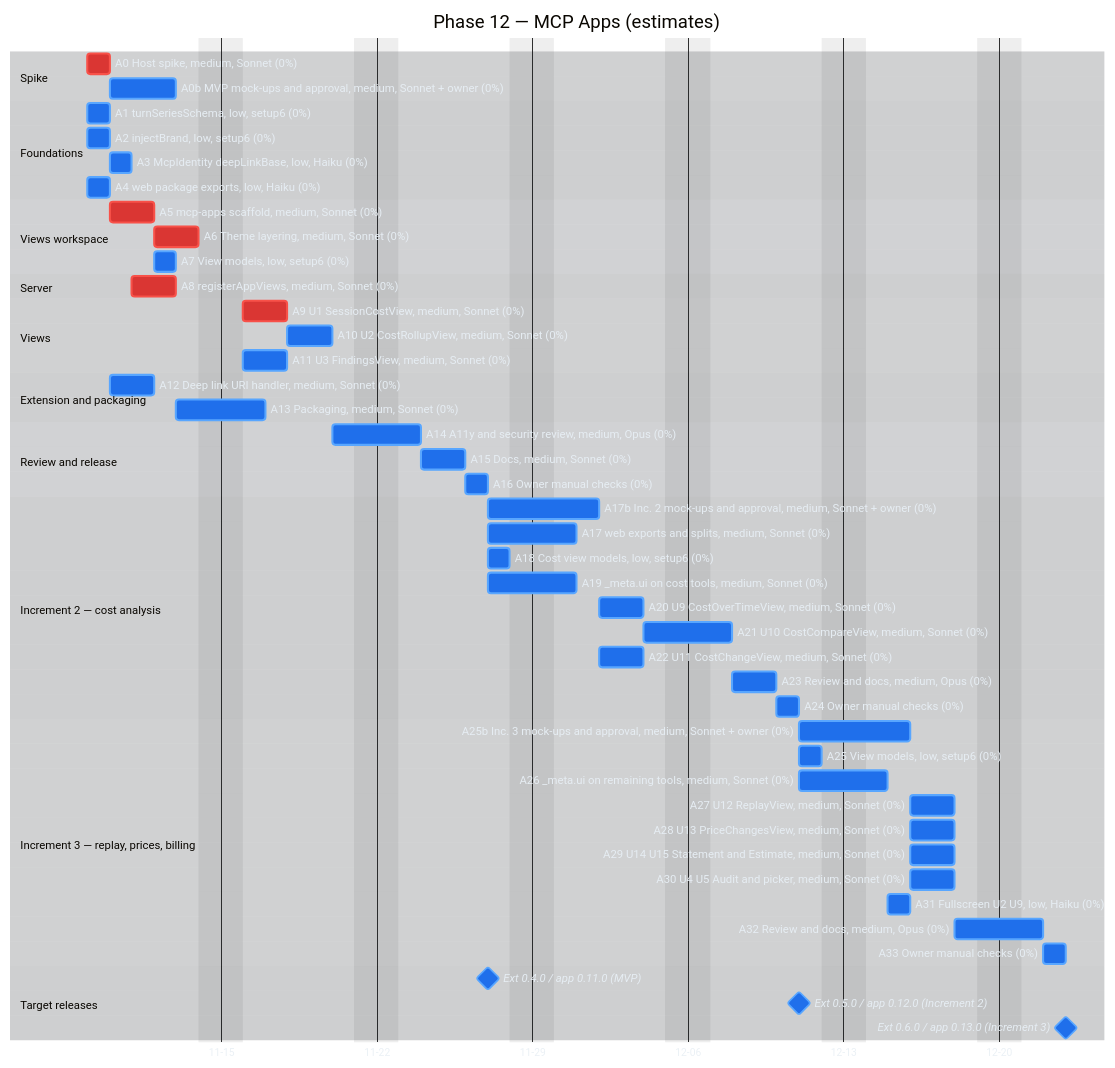
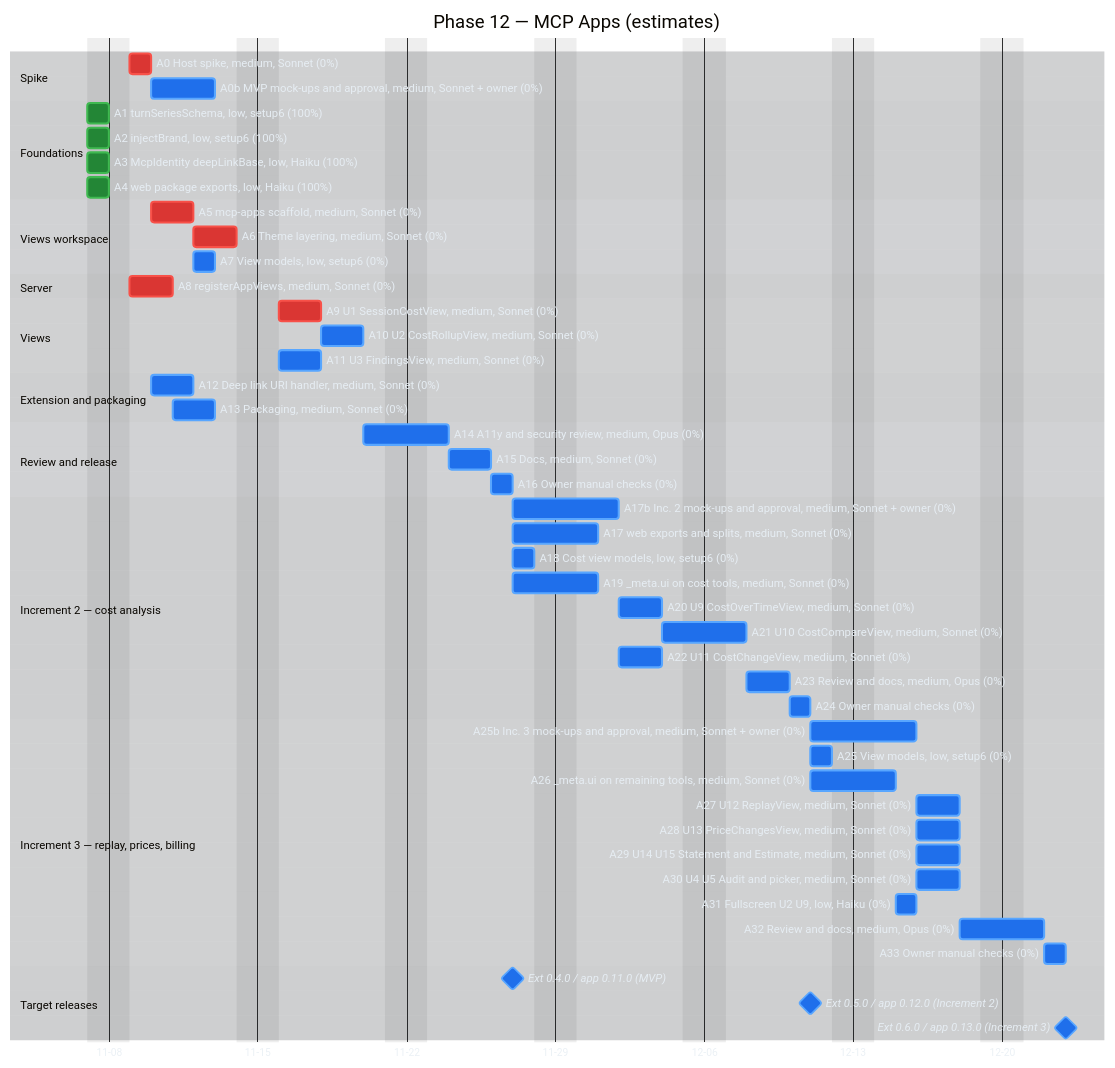
Before and after one commit to raulkivi/agent-cost-analyzer: the second of 3 diagrams in docs/implementation-plan-gantt.md, drawn with Mermaid. The commit also changed other lines of this file and 2 other files, not shown here.

Commit message:
docs: Phase 12 A1-A4 done (plan, implementation plan, Gantt)
Claude-Session: https://claude.ai/code/session_01PVQRZYo1RY71mogK2GLGNu

```diff
--- a/docs/implementation-plan-gantt.md
+++ b/docs/implementation-plan-gantt.md
@@ -151,10 +155,10 @@
     A0b MVP mock-ups and approval, medium, Sonnet + owner (0%) :a0b, after a0, 3d
 
     section Foundations
-    A1 turnSeriesSchema, low, setup6 (0%)        :a1, 2026-11-09, 1d
-    A2 injectBrand, low, setup6 (0%)             :a2, 2026-11-09, 1d
-    A3 McpIdentity deepLinkBase, low, Haiku (0%) :a3, after a2, 1d
-    A4 web package exports, low, Haiku (0%)      :a4, 2026-11-09, 1d
+    A1 turnSeriesSchema, low, setup6 (100%)      :done, a1, 2026-11-07, 1d
+    A2 injectBrand, low, setup6 (100%)           :done, a2, 2026-11-07, 1d
+    A3 McpIdentity deepLinkBase, low, Haiku (100%) :done, a3, 2026-11-07, 1d
+    A4 web package exports, low, Haiku (100%)    :done, a4, 2026-11-07, 1d
 
     section Views workspace
     A5 mcp-apps scaffold, medium, Sonnet (0%)    :crit, a5, after a0 a4, 2d
```
